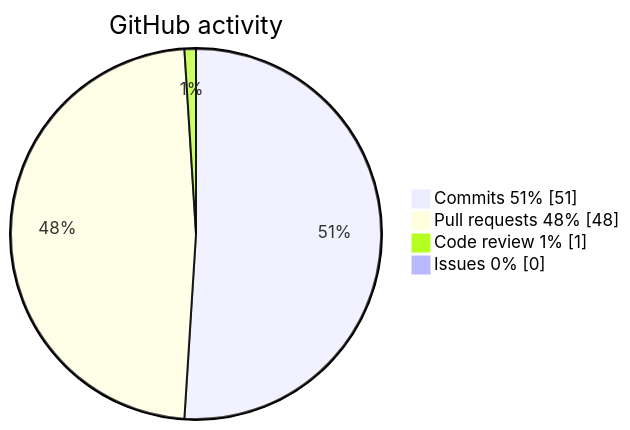
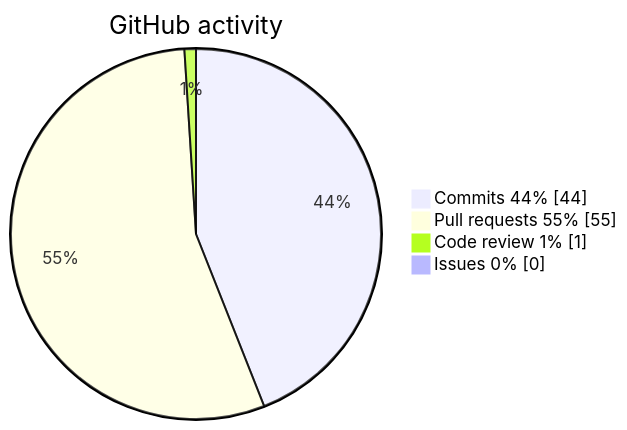
One commit to krotname/KrotName changed the diagram in README.en.md. Above: the diagram before and after it, drawn with Mermaid. The commit also changed other lines of this file and 1 other file, not shown here.

Commit message:
Update profile metrics

````diff
--- a/README.en.md
+++ b/README.en.md
@@ -48,8 +48,8 @@
 ```mermaid
 pie showData
     title GitHub activity
-    "Commits 51%" : 51
-    "Pull requests 48%" : 48
+    "Commits 44%" : 44
+    "Pull requests 55%" : 55
     "Code review 1%" : 1
     "Issues 0%" : 0
 ```
````
